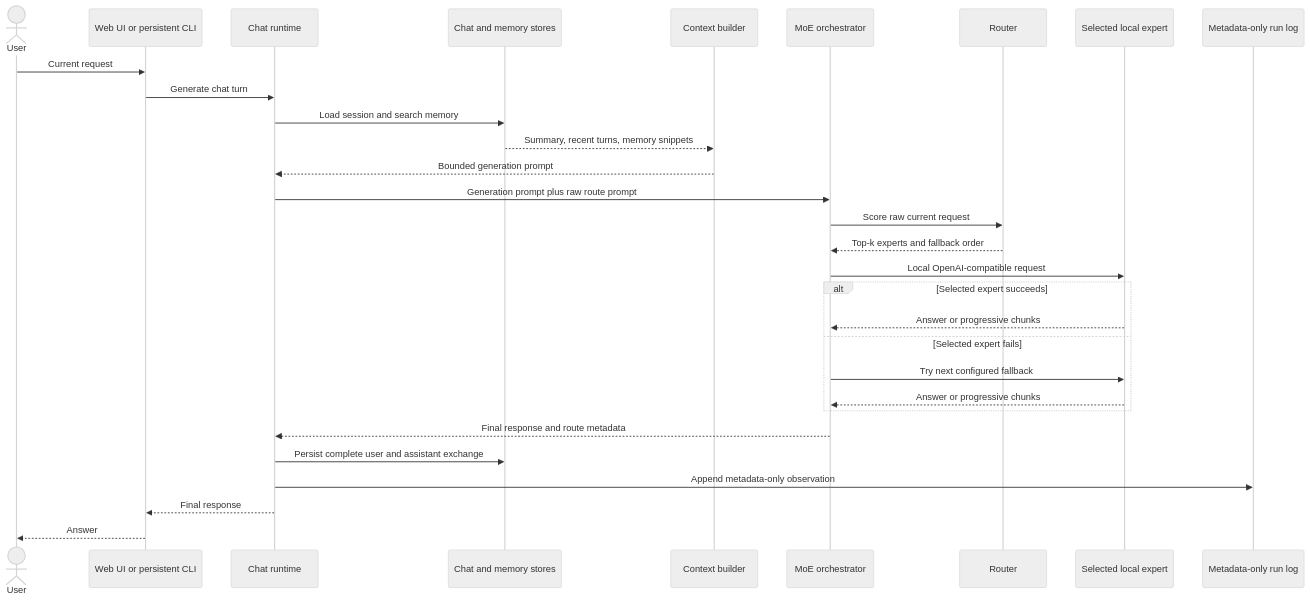
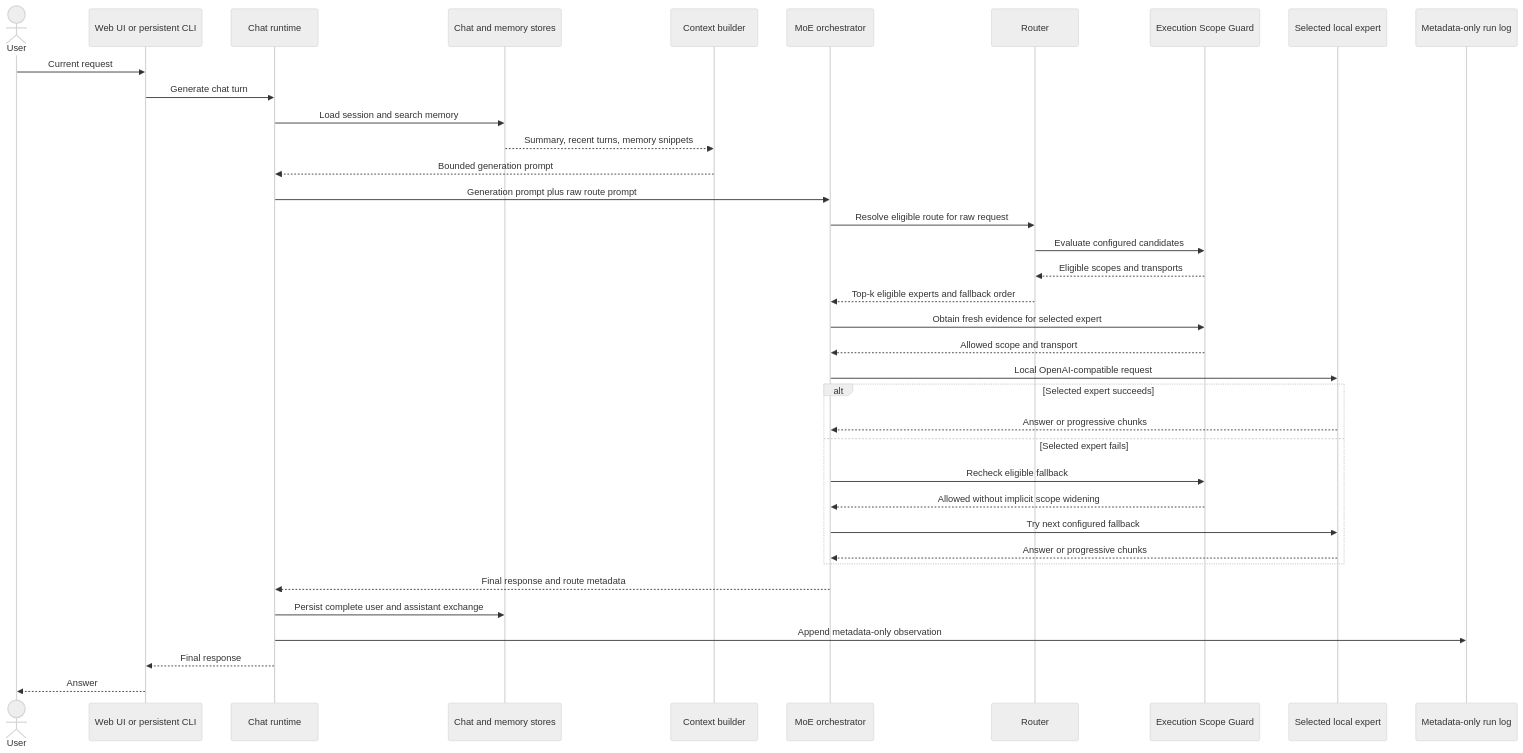
One commit to aantenore/myMoE changed the fourth of 8 diagrams in docs/how-it-works/README.md. Above: the diagram before and after it, drawn with Mermaid (neutral theme). The commit also changed other lines of this file and 19 other files, not shown here.

Commit message:
docs: define execution scope contract

````diff
--- a/docs/how-it-works/README.md
+++ b/docs/how-it-works/README.md
@@ -150,35 +160,42 @@
 ```mermaid
 sequenceDiagram
     actor User
     participant Entry as Web UI or persistent CLI
     participant Chat as Chat runtime
     participant Stores as Chat and memory stores
     participant Context as Context builder
     participant MoE as MoE orchestrator
     participant Router
+    participant Scope as Execution Scope Guard
     participant Model as Selected local expert
     participant RunLog as Metadata-only run log
 
     User->>Entry: Current request
     Entry->>Chat: Generate chat turn
     Chat->>Stores: Load session and search memory
     Stores-->>Context: Summary, recent turns, memory snippets
     Context-->>Chat: Bounded generation prompt
     Chat->>MoE: Generation prompt plus raw route prompt
-    MoE->>Router: Score raw current request
-    Router-->>MoE: Top-k experts and fallback order
+    MoE->>Router: Resolve eligible route for raw request
+    Router->>Scope: Evaluate configured candidates
+    Scope-->>Router: Eligible scopes and transports
+    Router-->>MoE: Top-k eligible experts and fallback order
+    MoE->>Scope: Obtain fresh evidence for selected expert
+    Scope-->>MoE: Allowed scope and transport
     MoE->>Model: Local OpenAI-compatible request
 
     alt Selected expert succeeds
         Model-->>MoE: Answer or progressive chunks
     else Selected expert fails
+        MoE->>Scope: Recheck eligible fallback
+        Scope-->>MoE: Allowed without implicit scope widening
         MoE->>Model: Try next configured fallback
         Model-->>MoE: Answer or progressive chunks
     end
 
     MoE-->>Chat: Final response and route metadata
     Chat->>Stores: Persist complete user and assistant exchange
     Chat->>RunLog: Append metadata-only observation
     Chat-->>Entry: Final response
     Entry-->>User: Answer
 ```
````
